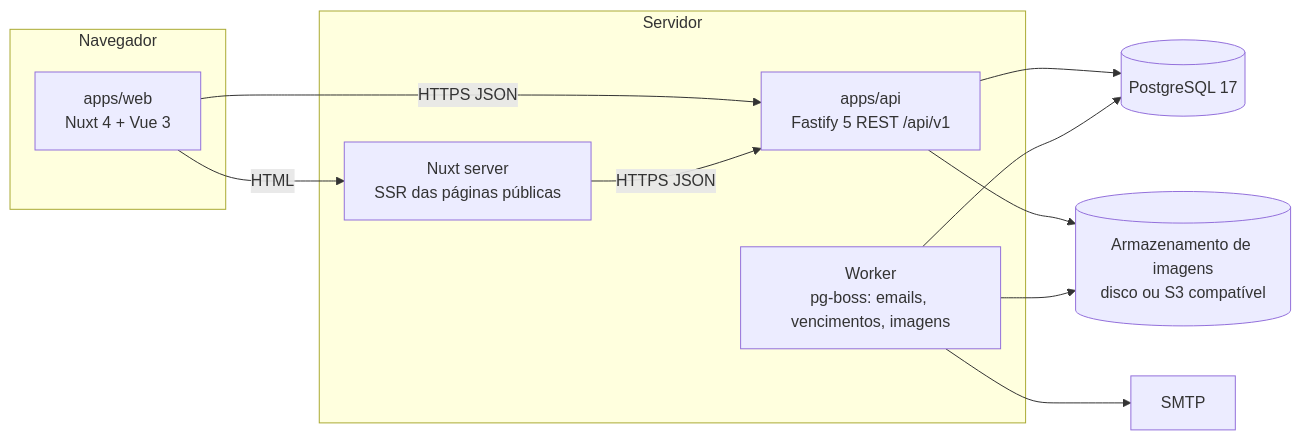
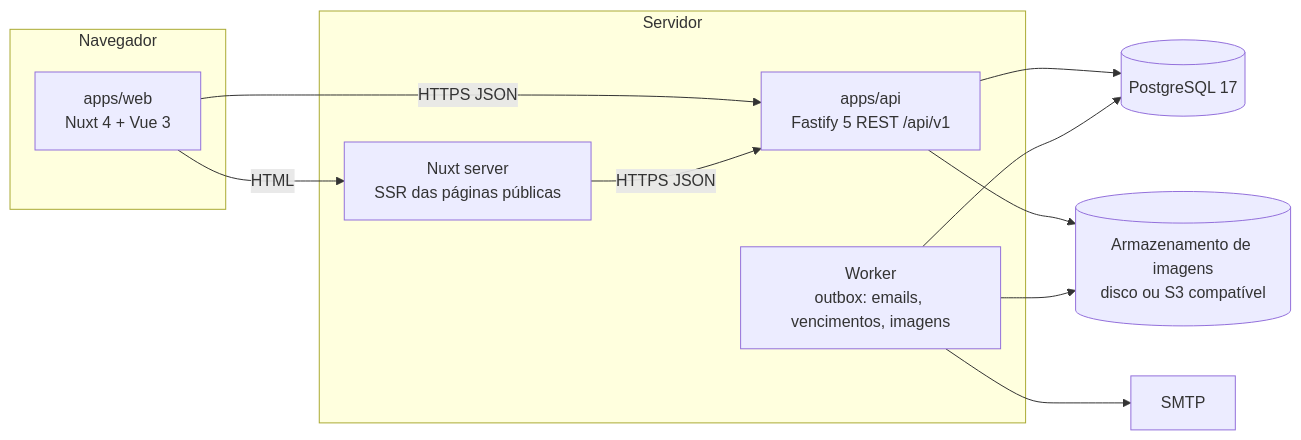
Before and after one commit to renanleonellocastro/loja_de_refrigeracao: the diagram in docs/ARQUITETURA.md, drawn with Mermaid. The commit also changed other lines of this file and 78 other files, not shown here.

First line of the commit message:
feat(api): core API with schema, errors, OpenAPI, auth and audit (#94)

````diff
--- a/docs/ARQUITETURA.md
+++ b/docs/ARQUITETURA.md
@@ -7,22 +7,22 @@
 ```mermaid
 flowchart LR
   subgraph Navegador
     W[apps/web<br/>Nuxt 4 + Vue 3]
   end
   subgraph Servidor
     N[Nuxt server<br/>SSR das páginas públicas]
     A[apps/api<br/>Fastify 5 REST /api/v1]
-    J[Worker<br/>pg-boss: emails, vencimentos, imagens]
+    J[Worker<br/>outbox: emails, vencimentos, imagens]
   end
   DB[(PostgreSQL 17)]
   S[(Armazenamento de imagens<br/>disco ou S3 compatível)]
   M[SMTP]
   W -- HTTPS JSON --> A
   W -- HTML --> N
   N -- HTTPS JSON --> A
   A --> DB
   J --> DB
   A --> S
   J --> S
   J --> M
 ```
````
